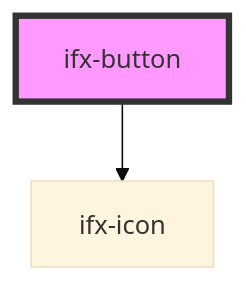
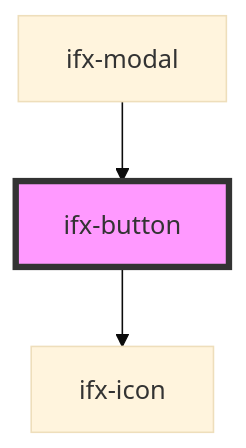
Before and after one commit to Infineon/infineon-design-system-stencil: the diagram in src/components/button/readme.md, drawn with Mermaid (base theme). The commit also changed other lines of this file and 7 other files, not shown here.

````diff
--- a/src/components/button/readme.md
+++ b/src/components/button/readme.md
@@ -42,5 +46,6 @@
 ```mermaid
 graph TD;
   ifx-button --> ifx-icon
+  ifx-modal --> ifx-button
   style ifx-button fill:#f9f,stroke:#333,stroke-width:4px
 ```
````
